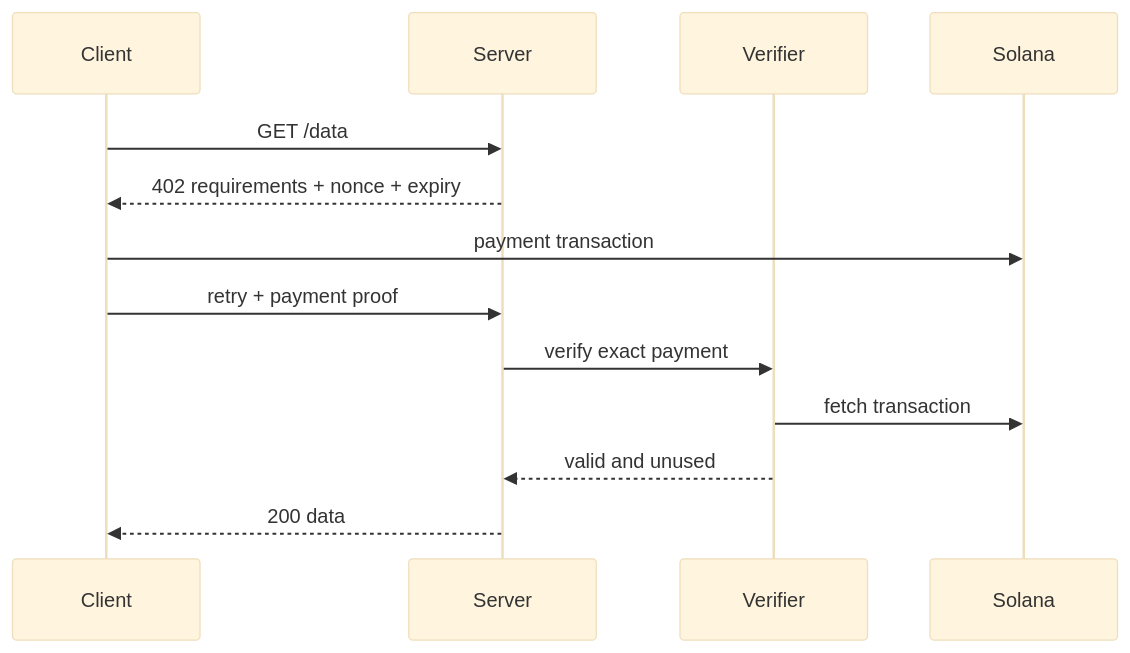
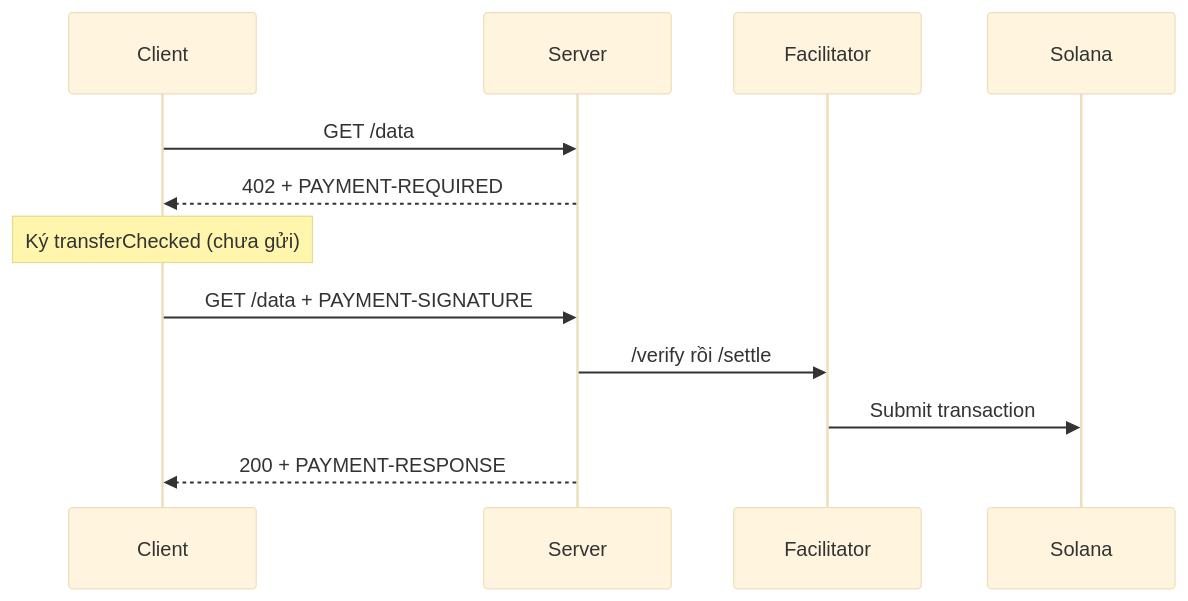
Before and after one commit to corelia-academy/solana-bootcamp: the diagram in projects/x402-paywall/README.md, drawn with Mermaid (base theme). The commit also changed other lines of this file and 29 other files, not shown here.

Commit message:
feat(x402): implement v2 payment flow and runnable client server demos

````diff
--- a/projects/x402-paywall/README.md
+++ b/projects/x402-paywall/README.md
@@ -18,15 +16,14 @@
 ```mermaid
 sequenceDiagram
     participant C as Client
     participant S as Server
-    participant V as Verifier
+    participant F as Facilitator
     participant L as Solana
     C->>S: GET /data
-    S-->>C: 402 requirements + nonce + expiry
-    C->>L: payment transaction
-    C->>S: retry + payment proof
-    S->>V: verify exact payment
-    V->>L: fetch transaction
-    V-->>S: valid and unused
-    S-->>C: 200 data
+    S-->>C: 402 + PAYMENT-REQUIRED
+    Note over C: Ký transferChecked (chưa gửi)
+    C->>S: GET /data + PAYMENT-SIGNATURE
+    S->>F: /verify rồi /settle
+    F->>L: Submit transaction
+    S-->>C: 200 + PAYMENT-RESPONSE
 ```
````
